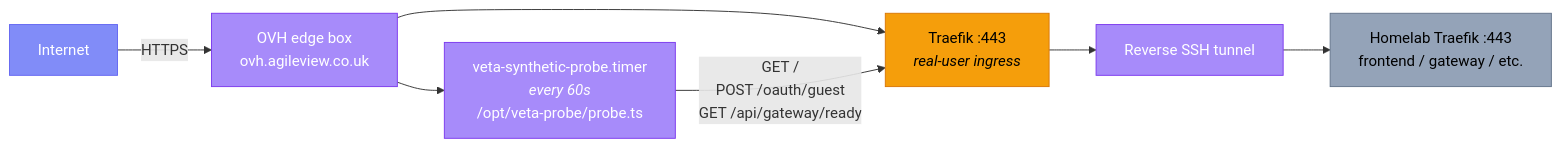
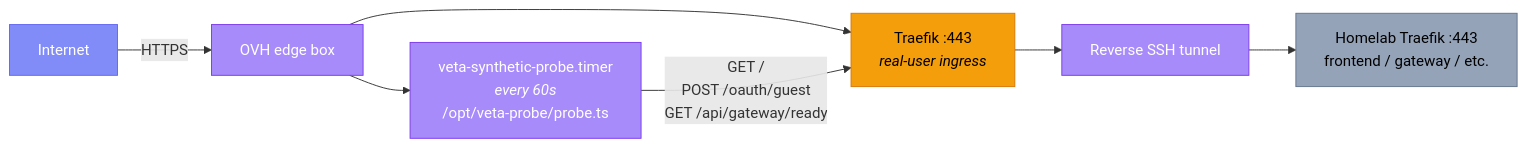
Before and after one commit to milesburton/veta-trading-platform: the diagram in docs/site/src/content/docs/platform/supporting/synthetic-probe.md, drawn with Mermaid. The commit also changed other lines of this file and 59 other files, not shown here.

````diff
--- a/docs/site/src/content/docs/platform/supporting/synthetic-probe.md
+++ b/docs/site/src/content/docs/platform/supporting/synthetic-probe.md
@@ -14,21 +14,21 @@
 ```mermaid
 graph LR
     INET["Internet"]:::client
-    OVH["OVH edge box<br/>ovh.agileview.co.uk"]:::edge
+    OVH["OVH edge box<br/><edge-server>"]:::edge
     PROBE["veta-synthetic-probe.timer<br/><i>every 60s</i><br/>/opt/veta-probe/probe.ts"]:::edge
     TRAEFIK["Traefik :443<br/><i>real-user ingress</i>"]:::gateway
     TUNNEL["Reverse SSH tunnel"]:::edge
     HL["Homelab Traefik :443<br/>frontend / gateway / etc."]:::support
 
     INET -->|"HTTPS"| OVH
     OVH --> PROBE
     OVH --> TRAEFIK
     PROBE -->|"GET /<br/>POST /oauth/guest<br/>GET /api/gateway/ready"| TRAEFIK
     TRAEFIK --> TUNNEL
     TUNNEL --> HL
 
     classDef client fill:#818cf8,stroke:#6366f1,color:#fff
     classDef edge fill:#a78bfa,stroke:#7c3aed,color:#fff
     classDef gateway fill:#f59e0b,stroke:#d97706,color:#000
     classDef support fill:#94a3b8,stroke:#64748b,color:#000
 ```
````
